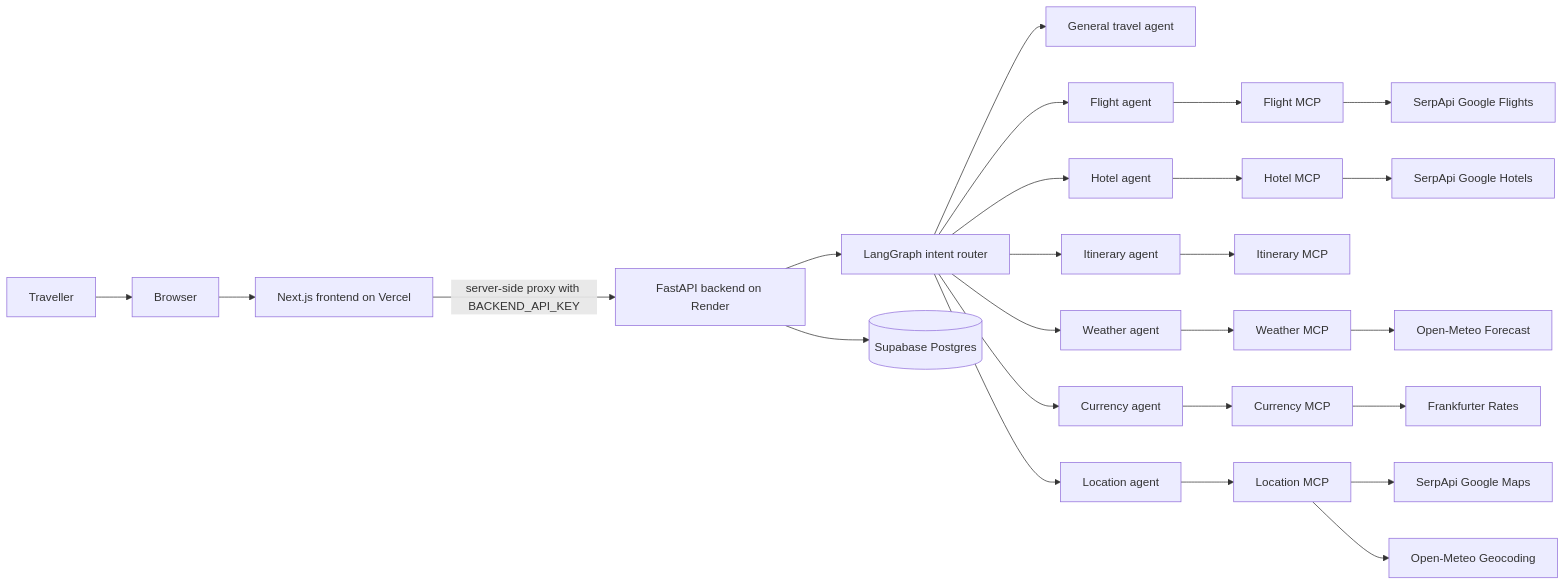
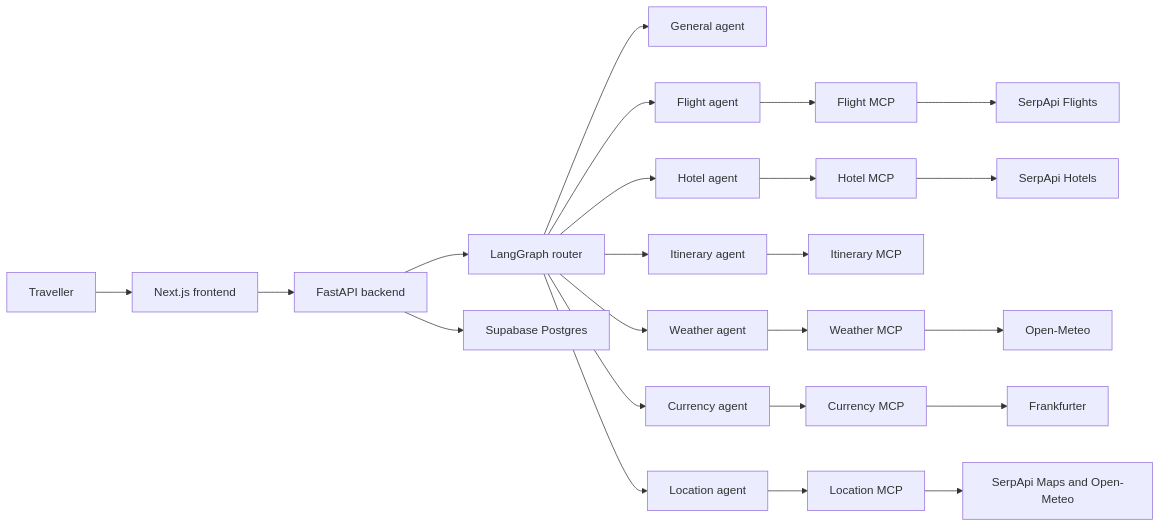
The first of 4 diagrams in README.md (AmiruMallawarachchi/multi-agent-travel-planner), drawn with Mermaid before and after one commit. The commit also changed other lines of this file, not shown here.

````diff
--- a/README.md
+++ b/README.md
@@ -33,30 +53,25 @@
 ```mermaid
-flowchart LR
-    User[Traveller] --> Browser[Browser]
-    Browser --> Vercel[Next.js frontend on Vercel]
-    Vercel -->|server-side proxy with BACKEND_API_KEY| Render[FastAPI backend on Render]
-    Render --> Router[LangGraph intent router]
-    Render --> AccountStore[(Supabase Postgres)]
-
-    Router --> General[General travel agent]
-    Router --> Flight[Flight agent]
-    Router --> Hotel[Hotel agent]
-    Router --> Itinerary[Itinerary agent]
-    Router --> Weather[Weather agent]
-    Router --> Currency[Currency agent]
-    Router --> Location[Location agent]
-
-    Flight --> FlightTools[Flight MCP]
-    Hotel --> HotelTools[Hotel MCP]
-    Itinerary --> ItineraryTools[Itinerary MCP]
-    Weather --> WeatherTools[Weather MCP]
-    Currency --> CurrencyTools[Currency MCP]
-    Location --> LocationTools[Location MCP]
-
-    FlightTools --> SerpApi[SerpApi Google Flights]
-    HotelTools --> SerpApiHotels[SerpApi Google Hotels]
-    LocationTools --> SerpApiMaps[SerpApi Google Maps]
-    LocationTools --> OpenMeteoGeo[Open-Meteo Geocoding]
-    WeatherTools --> OpenMeteoForecast[Open-Meteo Forecast]
-    CurrencyTools --> Frankfurter[Frankfurter Rates]
+graph LR
+    A["Traveller"] --> B["Next.js frontend"]
+    B --> C["FastAPI backend"]
+    C --> D["LangGraph router"]
+    C --> E["Supabase Postgres"]
+    D --> F["General agent"]
+    D --> G["Flight agent"]
+    D --> H["Hotel agent"]
+    D --> I["Itinerary agent"]
+    D --> J["Weather agent"]
+    D --> K["Currency agent"]
+    D --> L["Location agent"]
+    G --> M["Flight MCP"]
+    H --> N["Hotel MCP"]
+    I --> O["Itinerary MCP"]
+    J --> P["Weather MCP"]
+    K --> Q["Currency MCP"]
+    L --> R["Location MCP"]
+    M --> S["SerpApi Flights"]
+    N --> T["SerpApi Hotels"]
+    P --> U["Open-Meteo"]
+    Q --> V["Frankfurter"]
+    R --> W["SerpApi Maps and Open-Meteo"]
 ```
````
